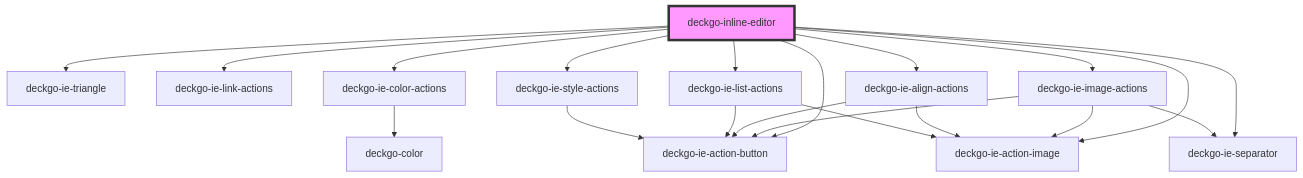
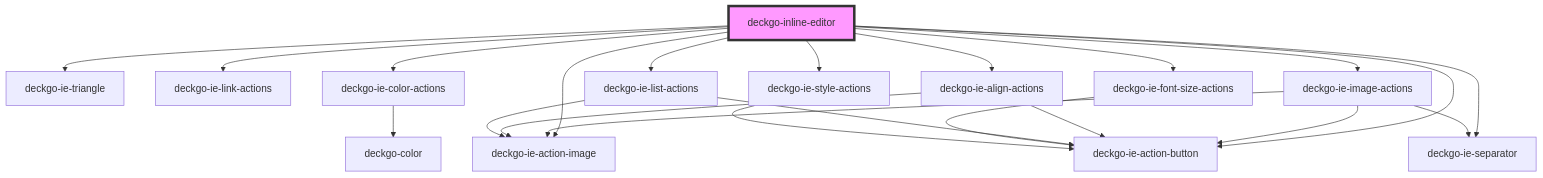
Before and after one commit to deckgo/deckdeckgo: the diagram in webcomponents/inline-editor/src/components/inline-editor/readme.md, drawn with Mermaid. The commit also changed other lines of this file and 12 other files, not shown here.

Commit message:
feat: modify font-size

````diff
--- a/webcomponents/inline-editor/src/components/inline-editor/readme.md
+++ b/webcomponents/inline-editor/src/components/inline-editor/readme.md
@@ -57,23 +59,25 @@
 ```mermaid
 graph TD;
   deckgo-inline-editor --> deckgo-ie-triangle
   deckgo-inline-editor --> deckgo-ie-link-actions
   deckgo-inline-editor --> deckgo-ie-color-actions
   deckgo-inline-editor --> deckgo-ie-image-actions
   deckgo-inline-editor --> deckgo-ie-align-actions
   deckgo-inline-editor --> deckgo-ie-list-actions
+  deckgo-inline-editor --> deckgo-ie-font-size-actions
   deckgo-inline-editor --> deckgo-ie-style-actions
   deckgo-inline-editor --> deckgo-ie-action-button
   deckgo-inline-editor --> deckgo-ie-action-image
   deckgo-inline-editor --> deckgo-ie-separator
   deckgo-ie-color-actions --> deckgo-color
   deckgo-ie-image-actions --> deckgo-ie-action-button
   deckgo-ie-image-actions --> deckgo-ie-action-image
   deckgo-ie-image-actions --> deckgo-ie-separator
   deckgo-ie-align-actions --> deckgo-ie-action-button
   deckgo-ie-align-actions --> deckgo-ie-action-image
   deckgo-ie-list-actions --> deckgo-ie-action-button
   deckgo-ie-list-actions --> deckgo-ie-action-image
+  deckgo-ie-font-size-actions --> deckgo-ie-action-button
   deckgo-ie-style-actions --> deckgo-ie-action-button
   style deckgo-inline-editor fill:#f9f,stroke:#333,stroke-width:4px
 ```
````
